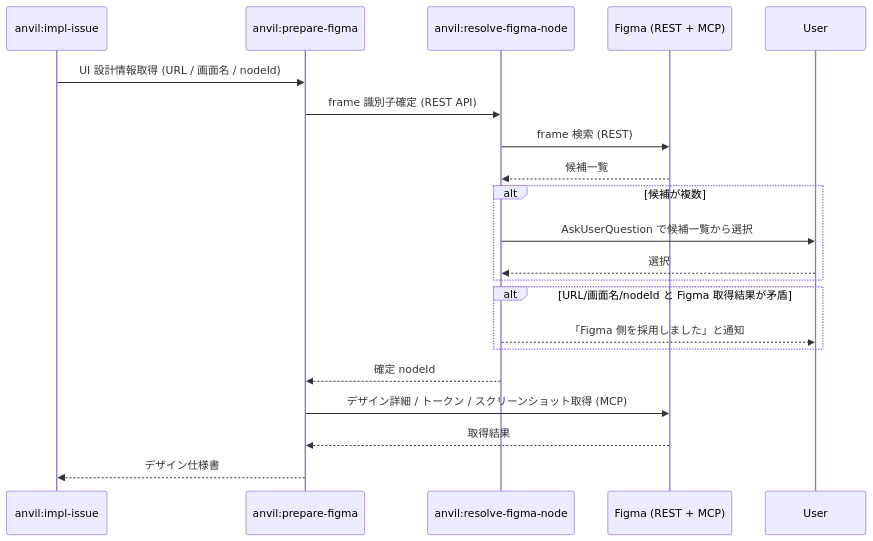
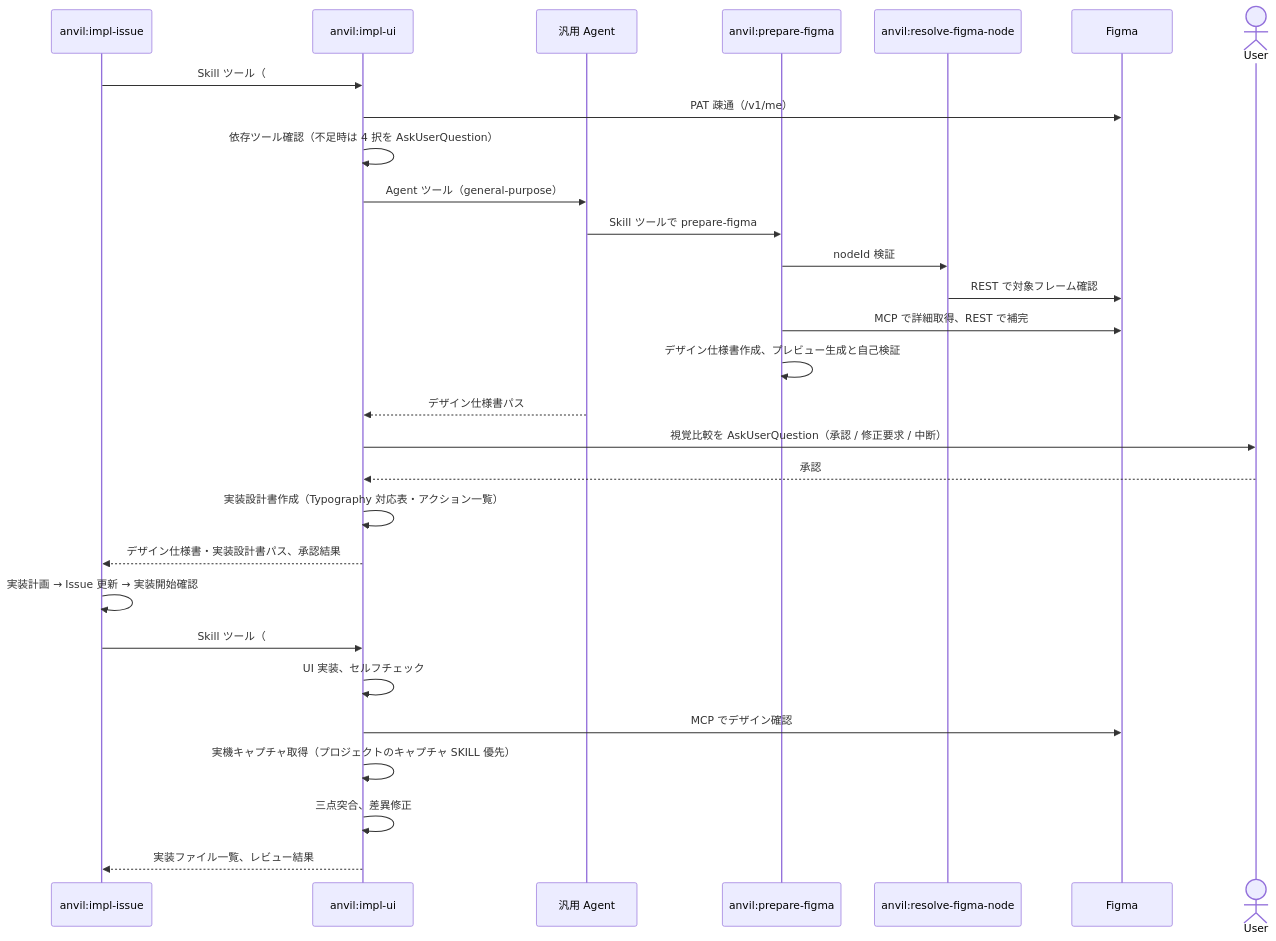
Before and after one commit to BlueEventHorizon/bw-cc-plugins: the fourth of 4 diagrams in docs/specs/anvil/design/DES-025_issue_driven_flow_design.md, drawn with Mermaid. The commit also changed other lines of this file and 18 other files, not shown here.

First line of the commit message:
docs(anvil): Issue 起点フローの仕様を REQ-005 / DES-025 に統合して現行実装に揃える

````diff
--- a/docs/specs/anvil/design/DES-025_issue_driven_flow_design.md
+++ b/docs/specs/anvil/design/DES-025_issue_driven_flow_design.md
@@ -357,23 +243,31 @@
 ```mermaid
 sequenceDiagram
     participant II as anvil:impl-issue
+    participant IU as anvil:impl-ui
+    participant AG as 汎用 Agent
     participant PF as anvil:prepare-figma
     participant RF as anvil:resolve-figma-node
-    participant FM as Figma (REST + MCP)
-    participant User as User
-    II ->> PF: UI 設計情報取得 (URL / 画面名 / nodeId)
-    PF ->> RF: frame 識別子確定 (REST API)
-    RF ->> FM: frame 検索 (REST)
-    FM -->> RF: 候補一覧
-    alt 候補が複数
-        RF ->> User: AskUserQuestion で候補一覧から選択
-        User -->> RF: 選択
-    end
-    alt URL/画面名/nodeId と Figma 取得結果が矛盾
-        RF -->> User: 「Figma 側を採用しました」と通知
-    end
-    RF -->> PF: 確定 nodeId
-    PF ->> FM: デザイン詳細 / トークン / スクリーンショット取得 (MCP)
-    FM -->> PF: 取得結果
-    PF -->> II: デザイン仕様書
+    participant FM as Figma
+    actor User
+    II ->> IU: Skill ツール（#N --stage design）
+    IU ->> FM: PAT 疎通（/v1/me）
+    IU ->> IU: 依存ツール確認（不足時は 4 択を AskUserQuestion）
+    IU ->> AG: Agent ツール（general-purpose）
+    AG ->> PF: Skill ツールで prepare-figma
+    PF ->> RF: nodeId 検証
+    RF ->> FM: REST で対象フレーム確認
+    PF ->> FM: MCP で詳細取得、REST で補完
+    PF ->> PF: デザイン仕様書作成、プレビュー生成と自己検証
+    AG -->> IU: デザイン仕様書パス
+    IU ->> User: 視覚比較を AskUserQuestion（承認 / 修正要求 / 中断）
+    User -->> IU: 承認
+    IU ->> IU: 実装設計書作成（Typography 対応表・アクション一覧）
+    IU -->> II: デザイン仕様書・実装設計書パス、承認結果
+    II ->> II: 実装計画 → Issue 更新 → 実装開始確認
+    II ->> IU: Skill ツール（#N --stage implement）
+    IU ->> IU: UI 実装、セルフチェック
+    IU ->> FM: MCP でデザイン確認
+    IU ->> IU: 実機キャプチャ取得（プロジェクトのキャプチャ SKILL 優先）
+    IU ->> IU: 三点突合、差異修正
+    IU -->> II: 実装ファイル一覧、レビュー結果
 ```
````
